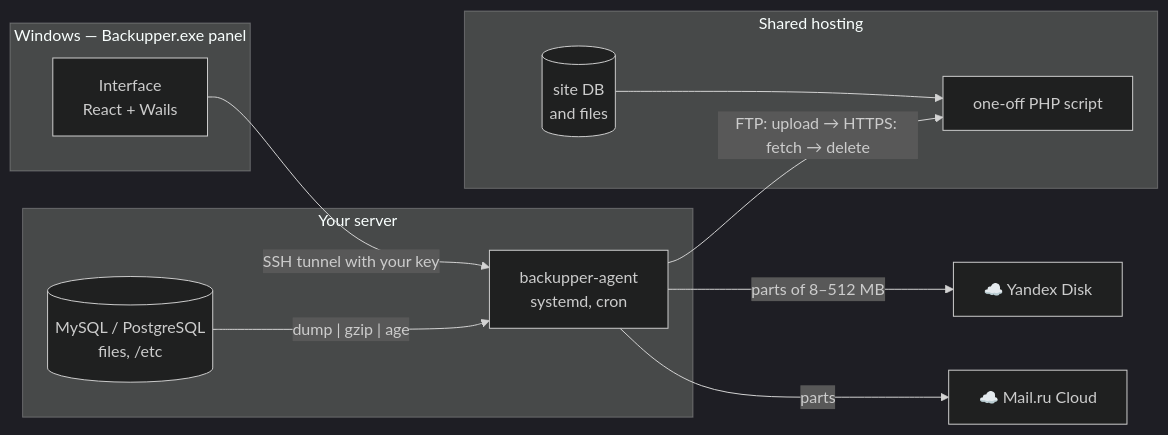
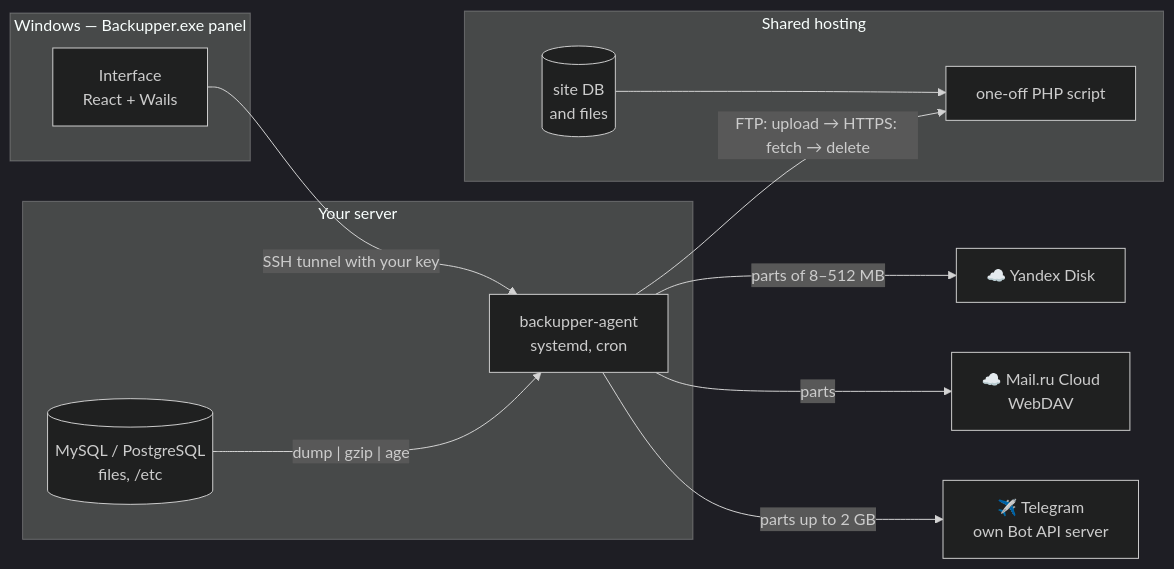
The diagram in README.md (gladyshev18/backupper), drawn with Mermaid (dark theme) before and after one commit. The commit also changed other lines of this file and 3 other files, not shown here.

````diff
--- a/README.md
+++ b/README.md
@@ -40,22 +43,24 @@
 ```mermaid
 flowchart LR
     subgraph PC["Windows — Backupper.exe panel"]
         UI["Interface<br/>React + Wails"]
     end
     subgraph S1["Your server"]
         A1["backupper-agent<br/>systemd, cron"]
         D1[("MySQL / PostgreSQL<br/>files, /etc")]
     end
     subgraph H["Shared hosting"]
         P["one-off PHP script"]
         W[("site DB<br/>and files")]
     end
     Y["☁️ Yandex Disk"]
-    M["☁️ Mail.ru Cloud"]
+    M["☁️ Mail.ru Cloud<br/>WebDAV"]
+    T["✈️ Telegram<br/>own Bot API server"]
     UI -- "SSH tunnel with your key" --> A1
     D1 -- "dump | gzip | age" --> A1
     A1 -- "FTP: upload → HTTPS: fetch → delete" --> P
     W --> P
     A1 -- "parts of 8–512 MB" --> Y
     A1 -- "parts" --> M
+    A1 -- "parts up to 2 GB" --> T
 ```
````
